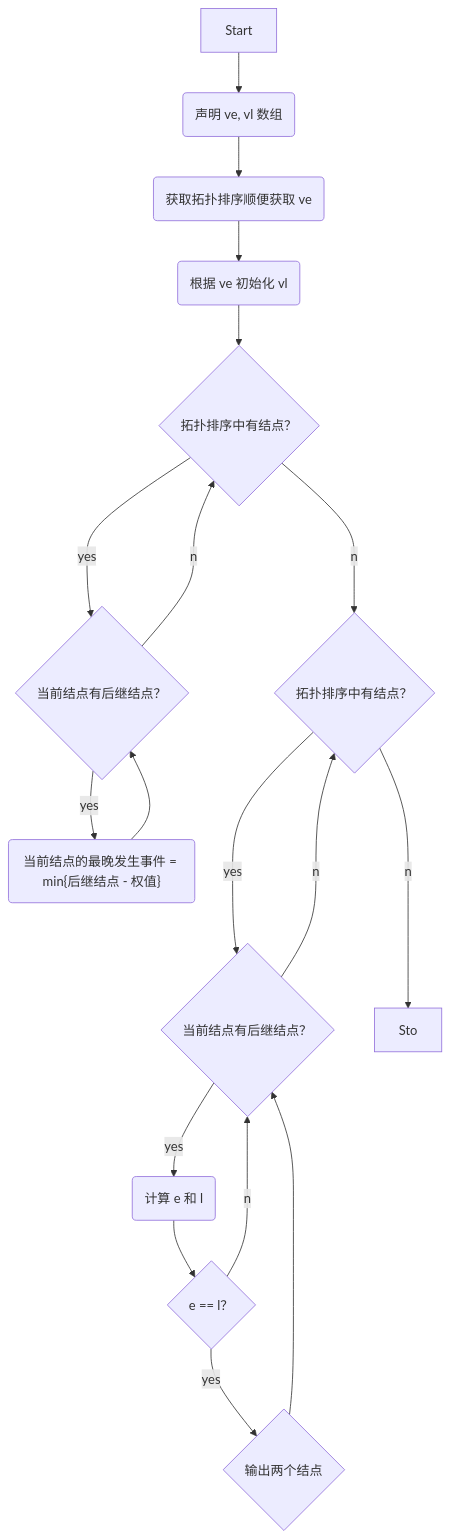
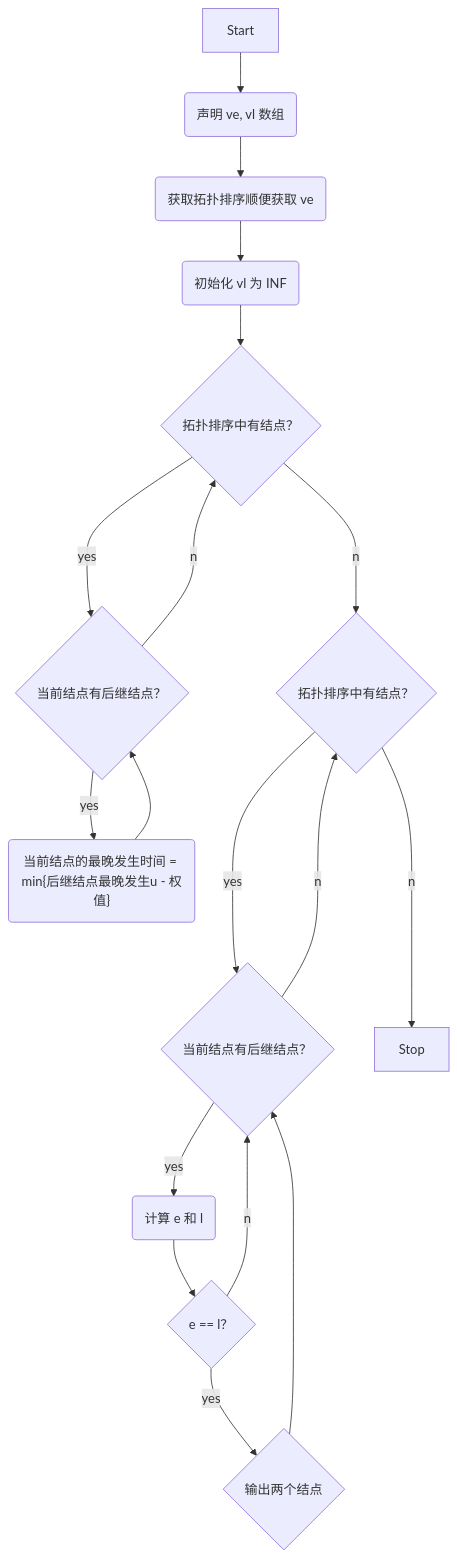
Before and after one commit to yuzheng14/ds-wangdao: the second of 2 diagrams in chapter6-graph/README.md, drawn with Mermaid.

Commit message:
修改关键路径流程图

````diff
--- a/chapter6-graph/README.md
+++ b/chapter6-graph/README.md
@@ -53,20 +53,20 @@
   ```mermaid
   flowchart TD
   	Start-->a("声明 ve, vl 数组")
   	a-->b("获取拓扑排序顺便获取 ve")
-  	b-->c("根据 ve 初始化 vl")
+  	b-->c("初始化 vl 为 INF")
   	c-->d{"拓扑排序中有结点？"}
   	d--yes-->e{"当前结点有后继结点？"}
-  	e--yes-->f("当前结点的最晚发生事件 = min{后继结点 - 权值}")
+  	e--yes-->f("当前结点的最晚发生时间 = min{后继结点最晚发生u - 权值}")
   	f-->e
   	e--no-->d
   	d--no-->g{"拓扑排序中有结点？"}
   	g--yes-->h{"当前结点有后继结点？"}
   	h--yes-->i("计算 e 和 l")
   	i-->j{"e == l？"}
   	j--yes-->k{"输出两个结点"}
   	j--no-->h
   	k-->h
   	h--no-->g
-  	g--no-->Sto
+  	g--no-->Stop
   ```
````
